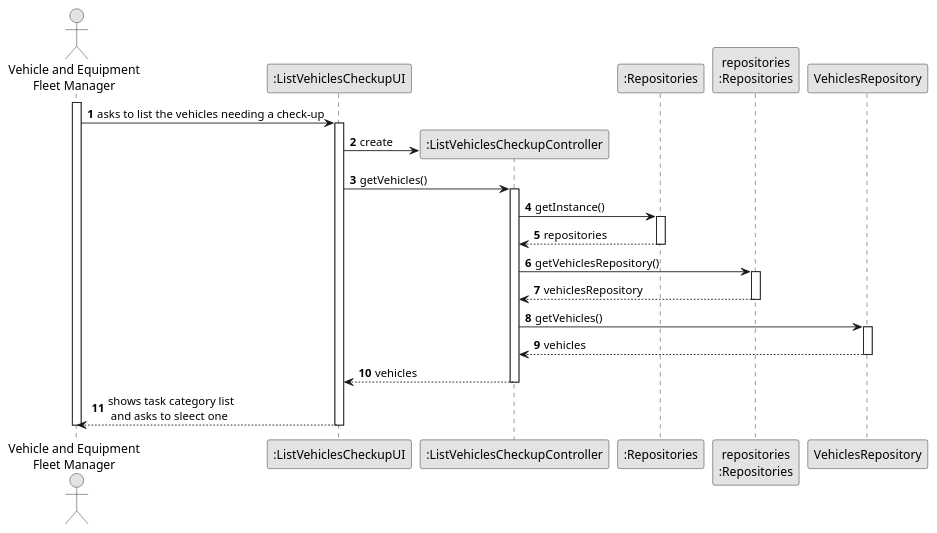
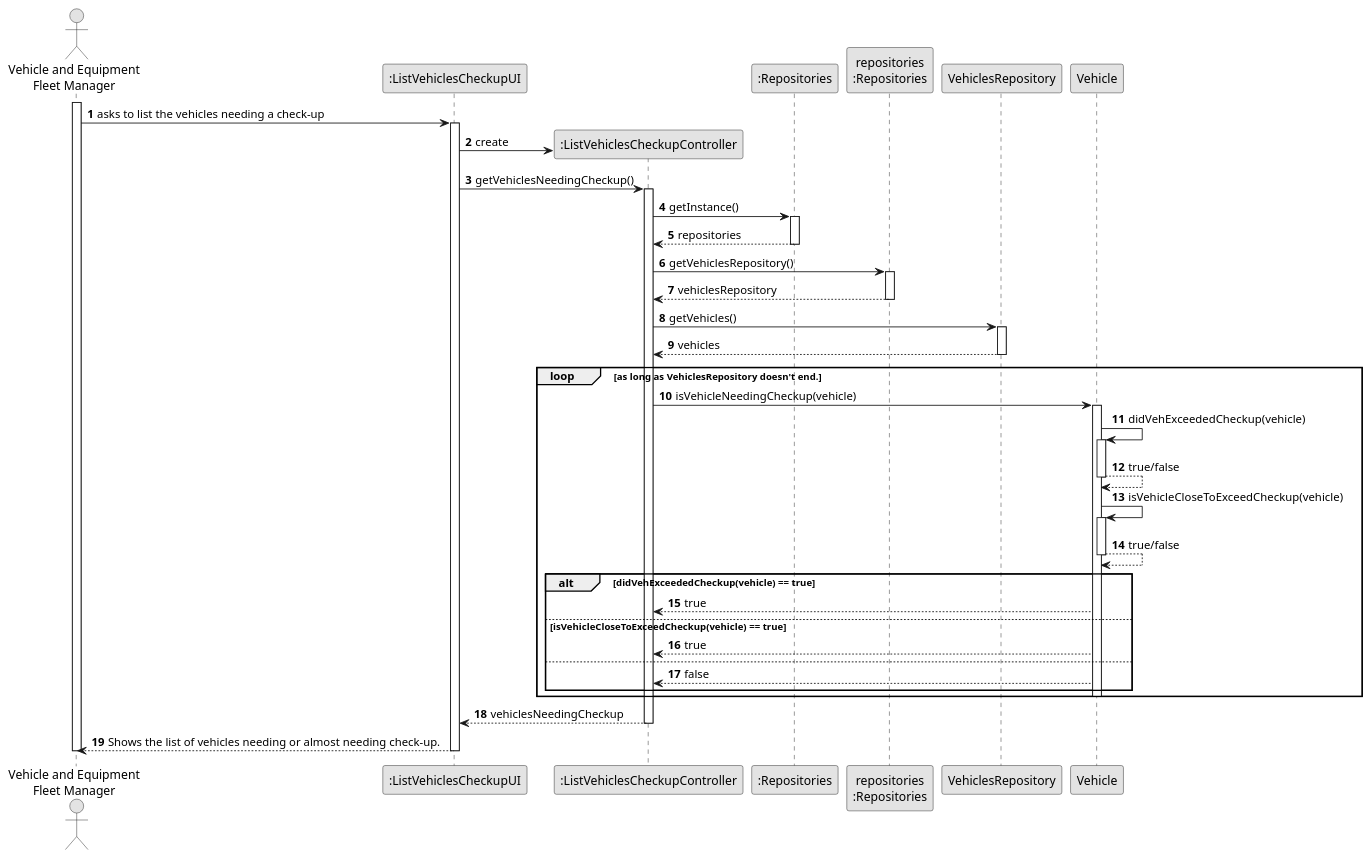
The diagram in docs/sprint2/us008/03.design/puml/us008-sequence-diagram-full.puml (1231360-ISEP/lei-24-s2-1db-g021), drawn with PlantUML before and after one commit.

Commit message:
US008 - Making Sequence Diagram.

```diff
--- a/docs/sprint2/us008/03.design/puml/us008-sequence-diagram-full.puml
+++ b/docs/sprint2/us008/03.design/puml/us008-sequence-diagram-full.puml
@@ -1,51 +1,80 @@
 @startuml
 skinparam monochrome true
 skinparam packageStyle rectangle
 skinparam shadowing false
 
 autonumber
 
 'hide footbox
 actor "Vehicle and Equipment\nFleet Manager" as ADM
 participant ":ListVehiclesCheckupUI" as UI
 participant ":ListVehiclesCheckupController" as CTRL
 participant ":Repositories" as RepositorySingleton
 participant "repositories\n:Repositories" as PLAT
 participant "VehiclesRepository" as VehRepo
+participant "Vehicle" as Veh
 
 activate ADM
     ADM -> UI : asks to list the vehicles needing a check-up
 
     activate UI
         UI -> CTRL** : create
-        UI -> CTRL : getVehicles()
+        UI -> CTRL : getVehiclesNeedingCheckup()
 
         activate CTRL
 
             CTRL -> RepositorySingleton : getInstance()
 
             activate RepositorySingleton
                 RepositorySingleton --> CTRL: repositories
             deactivate RepositorySingleton
 
             CTRL -> PLAT : getVehiclesRepository()
 
             activate PLAT
                 PLAT --> CTRL: vehiclesRepository
             deactivate PLAT
 
             CTRL -> VehRepo : getVehicles()
 
             activate VehRepo
                 VehRepo --> CTRL : vehicles
             deactivate VehRepo
 
-            CTRL --> UI : vehicles
+            loop as long as VehiclesRepository doesn't end.
+                CTRL -> Veh : isVehicleNeedingCheckup(vehicle)
+
+                activate Veh
+
+                    Veh -> Veh : didVehExceededCheckup(vehicle)
+                    activate Veh
+                        Veh --> Veh : true/false
+                    deactivate Veh
+
+                    Veh -> Veh : isVehicleCloseToExceedCheckup(vehicle)
+
+                    activate Veh
+                        Veh --> Veh : true/false
+                    deactivate Veh
+
+                    alt didVehExceededCheckup(vehicle) == true
+                        Veh --> CTRL : true
+                    else isVehicleCloseToExceedCheckup(vehicle) == true
+                        Veh --> CTRL : true
+                    else
+                        Veh --> CTRL : false
+                    end
+
+                deactivate Veh
+
+            end
+
+            CTRL --> UI : vehiclesNeedingCheckup
         deactivate CTRL
 
-        UI --> ADM : shows task category list\n and asks to sleect one
+        UI --> ADM : Shows the list of vehicles needing or almost needing check-up.
     deactivate UI
 
 deactivate ADM
 
 @enduml
```
